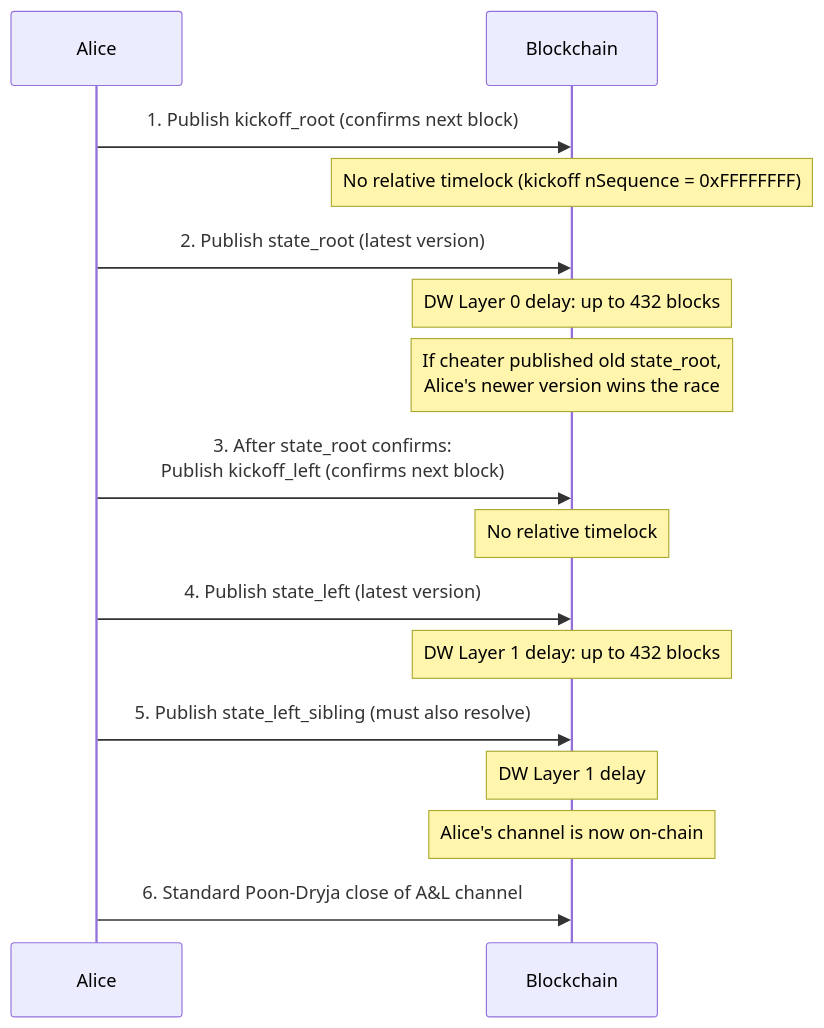
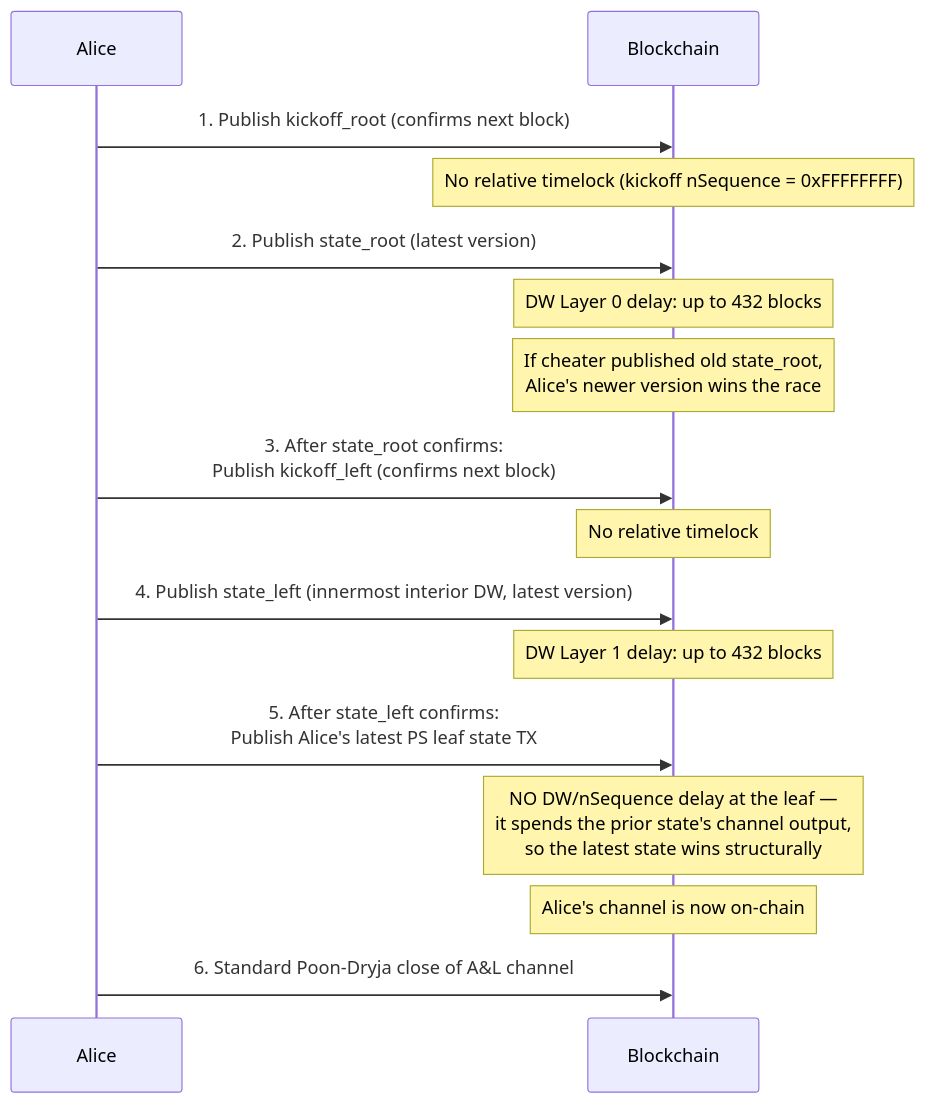
One commit to 8144225309/superscalar-docs changed the first of 3 diagrams in how-it-works/force-close.md. Above: the diagram before and after it, drawn with Mermaid. The commit also changed other lines of this file and 28 other files, not shown here.

First line of the commit message:
docs: full overhaul — accuracy + PS-leaf diagrams + drift fixes + operational-security (#27)

````diff
--- a/how-it-works/force-close.md
+++ b/how-it-works/force-close.md
@@ -21,26 +22,26 @@
 ```mermaid
 sequenceDiagram
     participant A as Alice
     participant Chain as Blockchain
 
     A->>Chain: 1. Publish kickoff_root (confirms next block)
     Note over Chain: No relative timelock (kickoff nSequence = 0xFFFFFFFF)
 
     A->>Chain: 2. Publish state_root (latest version)
     Note over Chain: DW Layer 0 delay: up to 432 blocks
 
     Note over Chain: If cheater published old state_root,<br/>Alice's newer version wins the race
 
     A->>Chain: 3. After state_root confirms:<br/>Publish kickoff_left (confirms next block)
     Note over Chain: No relative timelock
 
-    A->>Chain: 4. Publish state_left (latest version)
+    A->>Chain: 4. Publish state_left (innermost interior DW, latest version)
     Note over Chain: DW Layer 1 delay: up to 432 blocks
 
-    A->>Chain: 5. Publish state_left_sibling (must also resolve)
-    Note over Chain: DW Layer 1 delay
+    A->>Chain: 5. After state_left confirms:<br/>Publish Alice's latest PS leaf state TX
+    Note over Chain: NO DW/nSequence delay at the leaf —<br/>it spends the prior state's channel output,<br/>so the latest state wins structurally
 
     Note over Chain: Alice's channel is now on-chain
 
     A->>Chain: 6. Standard Poon-Dryja close of A&L channel
 ```
````
